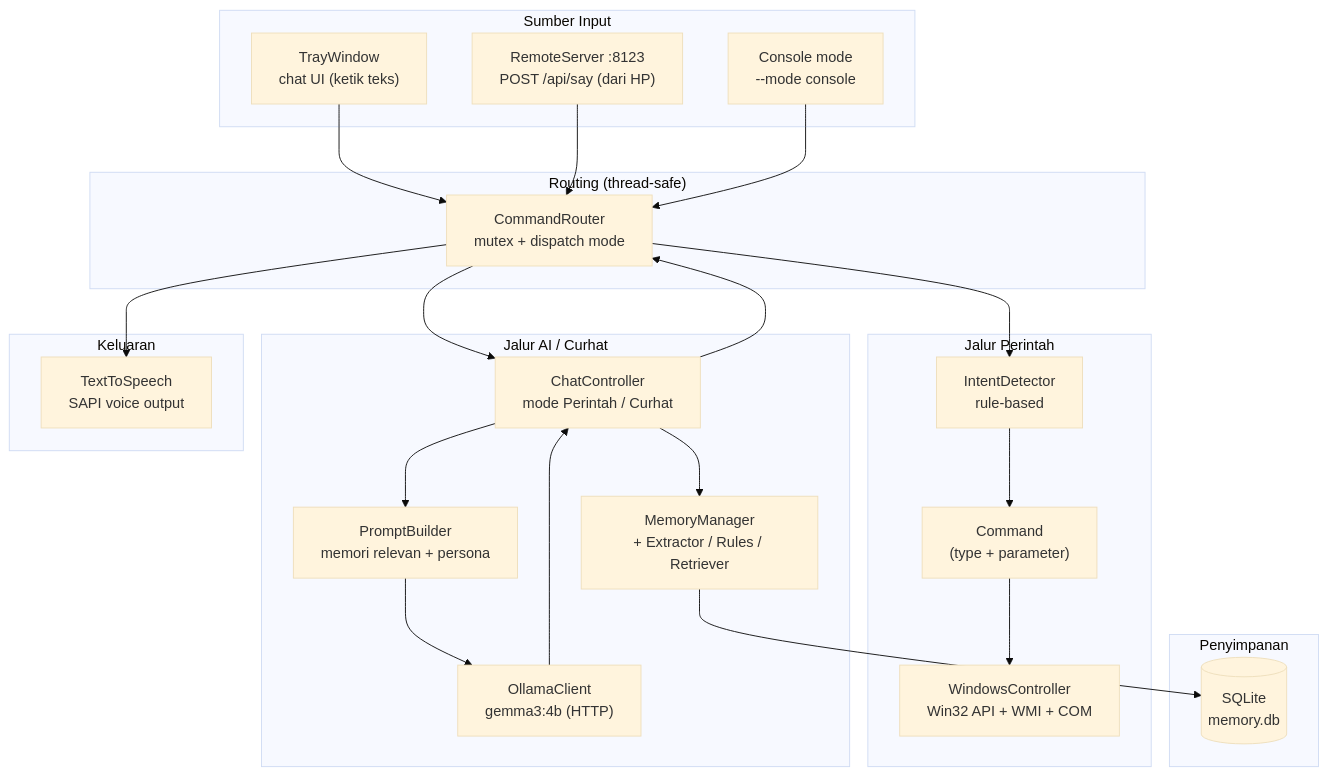
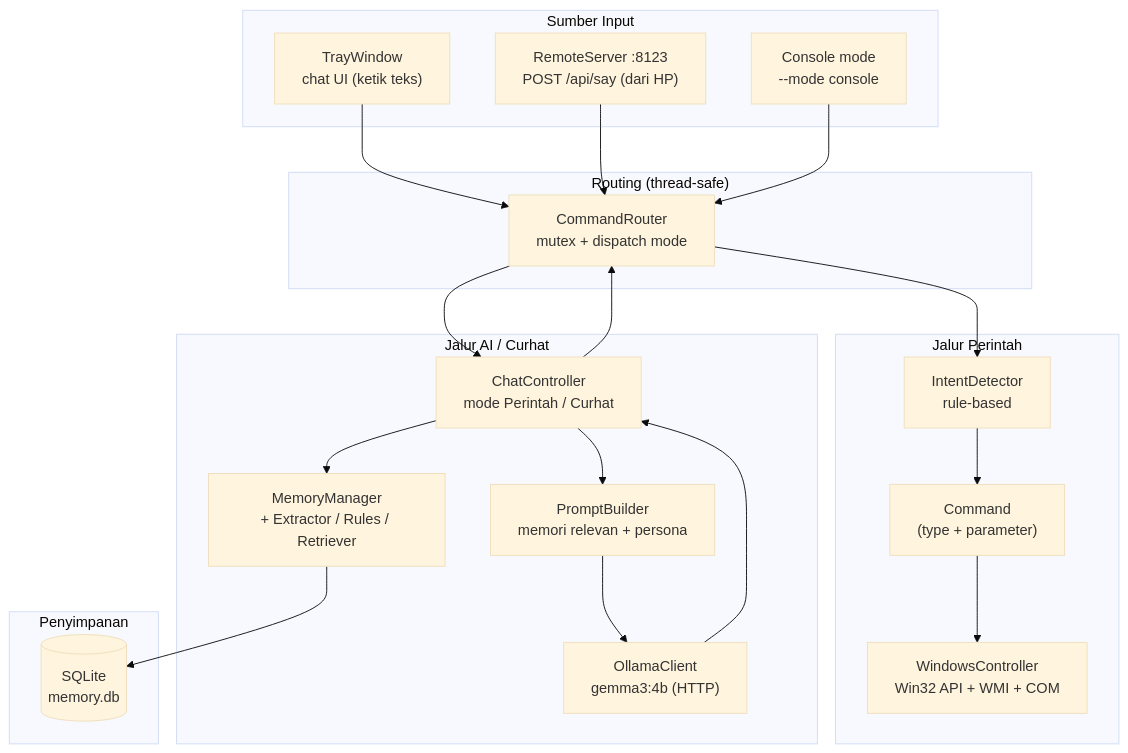
The first of 4 diagrams in README.md (ramjitampan/Istriku), drawn with Mermaid (base theme) before and after one commit. The commit also changed other lines of this file and 27 other files, not shown here.

````diff
--- a/README.md
+++ b/README.md
@@ -40,51 +41,46 @@
 ```mermaid
 flowchart TB
     subgraph INPUT["Sumber Input"]
         TRAY["TrayWindow<br/>chat UI (ketik teks)"]
         REMOTE["RemoteServer :8123<br/>POST /api/say (dari HP)"]
         CONSOLE["Console mode<br/>--mode console"]
     end
 
     subgraph ROUTING["Routing (thread-safe)"]
         ROUTER["CommandRouter<br/>mutex + dispatch mode"]
     end
 
     subgraph COMMAND["Jalur Perintah"]
         INTENT["IntentDetector<br/>rule-based"]
         WIN["WindowsController<br/>Win32 API + WMI + COM"]
         CMD["Command<br/>(type + parameter)"]
     end
 
     subgraph AI["Jalur AI / Curhat"]
         CHAT["ChatController<br/>mode Perintah / Curhat"]
         MEM["MemoryManager<br/>+ Extractor / Rules / Retriever"]
         PROMPT["PromptBuilder<br/>memori relevan + persona"]
         OLLAMA["OllamaClient<br/>gemma3:4b (HTTP)"]
     end
 
     subgraph STORE["Penyimpanan"]
         DB[("SQLite<br/>memory.db")]
     end
 
-    subgraph OUTPUT["Keluaran"]
-        TTS["TextToSpeech<br/>SAPI voice output"]
-    end
-
     TRAY --> ROUTER
     REMOTE --> ROUTER
     CONSOLE --> ROUTER
 
     ROUTER --> INTENT
     INTENT --> CMD
     CMD --> WIN
 
     ROUTER --> CHAT
     CHAT --> MEM
     MEM --> DB
     CHAT --> PROMPT
     PROMPT --> OLLAMA
     OLLAMA --> CHAT
 
     CHAT --> ROUTER
-    ROUTER --> TTS
 ```
````
